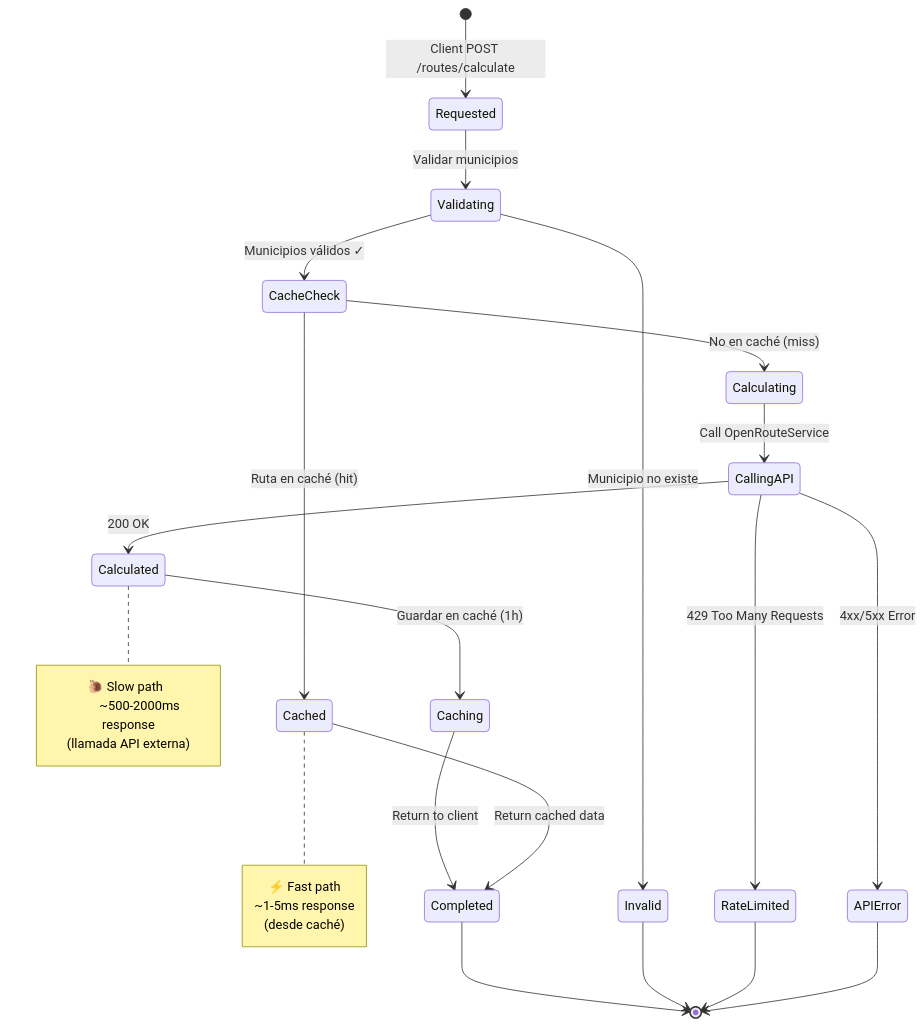
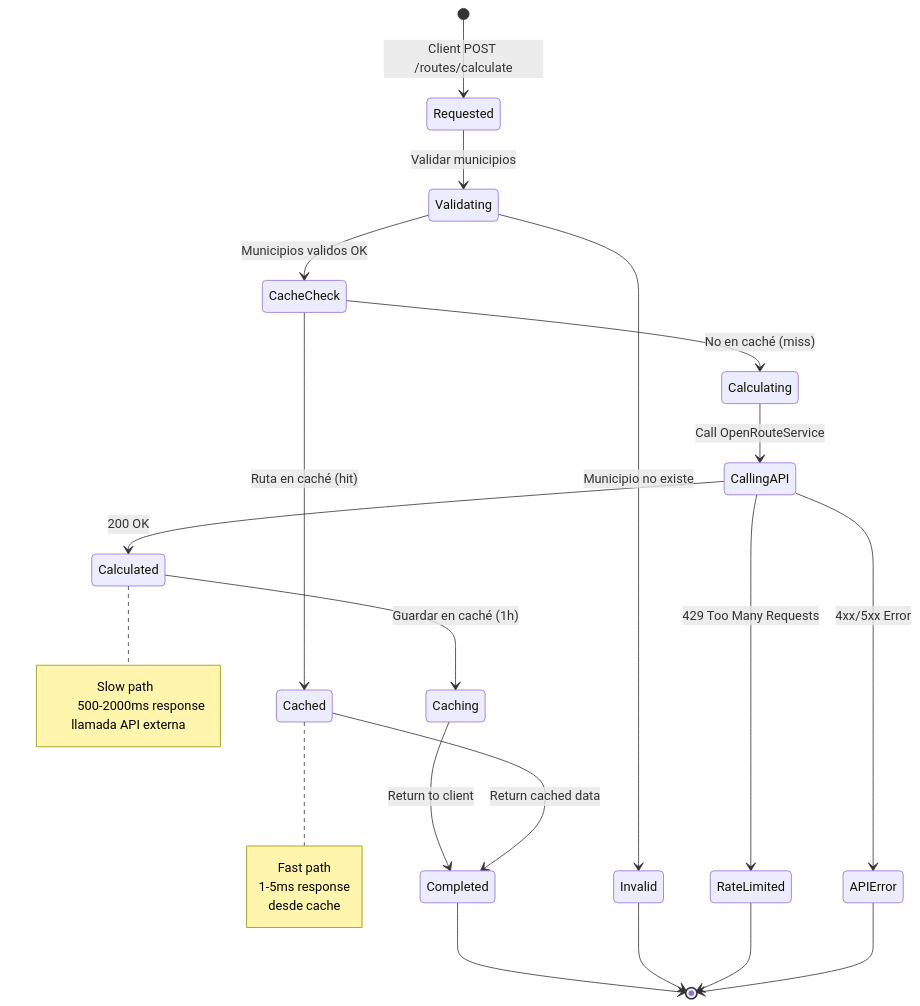
Before and after one commit to BusConnectTeam/busConnect-backend: the sixth of 8 diagrams in catalog-service/ARCHITECTURE.md, drawn with Mermaid. The commit also changed other lines of this file, not shown here.

Commit message:
add more diagrams

````diff
--- a/catalog-service/ARCHITECTURE.md
+++ b/catalog-service/ARCHITECTURE.md
@@ -410,40 +410,40 @@
 ```mermaid
 stateDiagram-v2
     [*] --> Requested: Client POST /routes/calculate
     
     Requested --> Validating: Validar municipios
     
     Validating --> Invalid: Municipio no existe
-    Validating --> CacheCheck: Municipios válidos ✓
+    Validating --> CacheCheck: Municipios validos OK
     
     CacheCheck --> Cached: Ruta en caché (hit)
     CacheCheck --> Calculating: No en caché (miss)
     
     Calculating --> CallingAPI: Call OpenRouteService
     
     CallingAPI --> RateLimited: 429 Too Many Requests
     CallingAPI --> APIError: 4xx/5xx Error
     CallingAPI --> Calculated: 200 OK
     
     Calculated --> Caching: Guardar en caché (1h)
     Caching --> Completed: Return to client
     
     Cached --> Completed: Return cached data
     
     Completed --> [*]
     Invalid --> [*]
     RateLimited --> [*]
     APIError --> [*]
     
     note right of Cached
-        ⚡ Fast path
-        ~1-5ms response
-        (desde caché)
+        Fast path
+        1-5ms response
+        desde cache
     end note
     
     note right of Calculated
-        🐌 Slow path  
-        ~500-2000ms response
-        (llamada API externa)
+        Slow path  
+        500-2000ms response
+        llamada API externa
     end note
 ```
````
